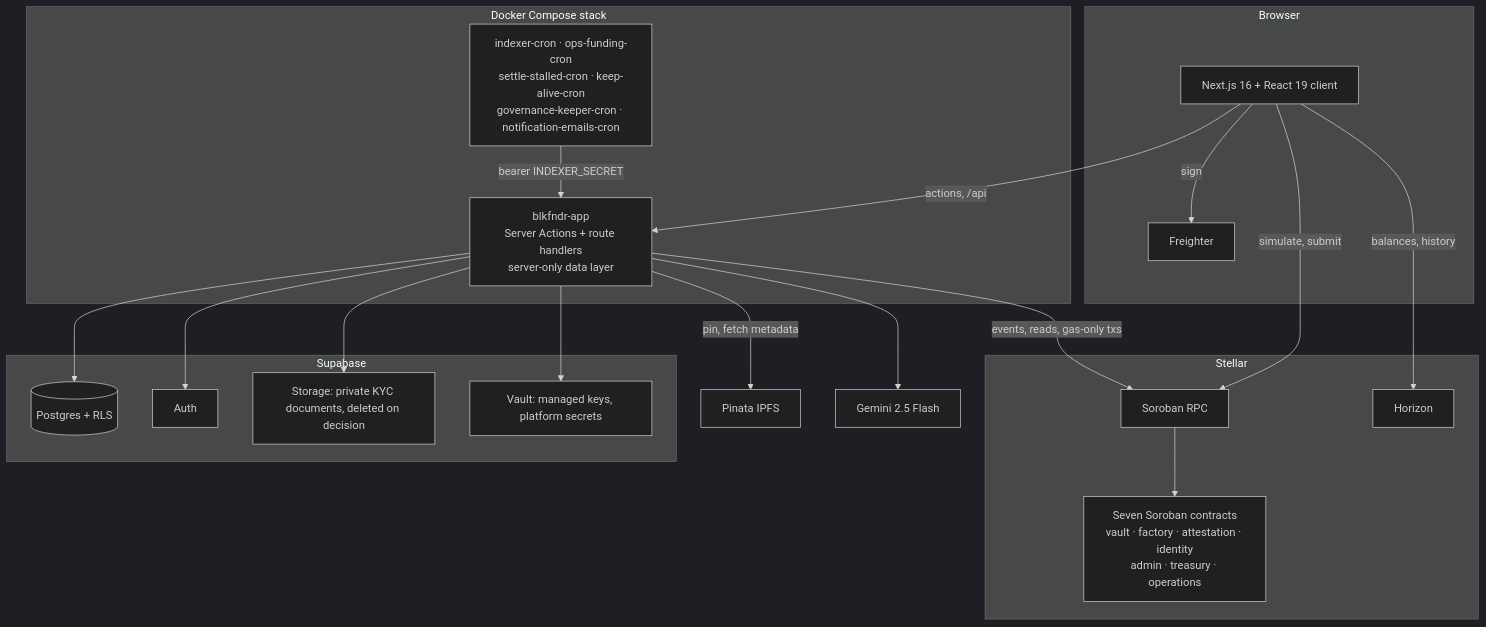
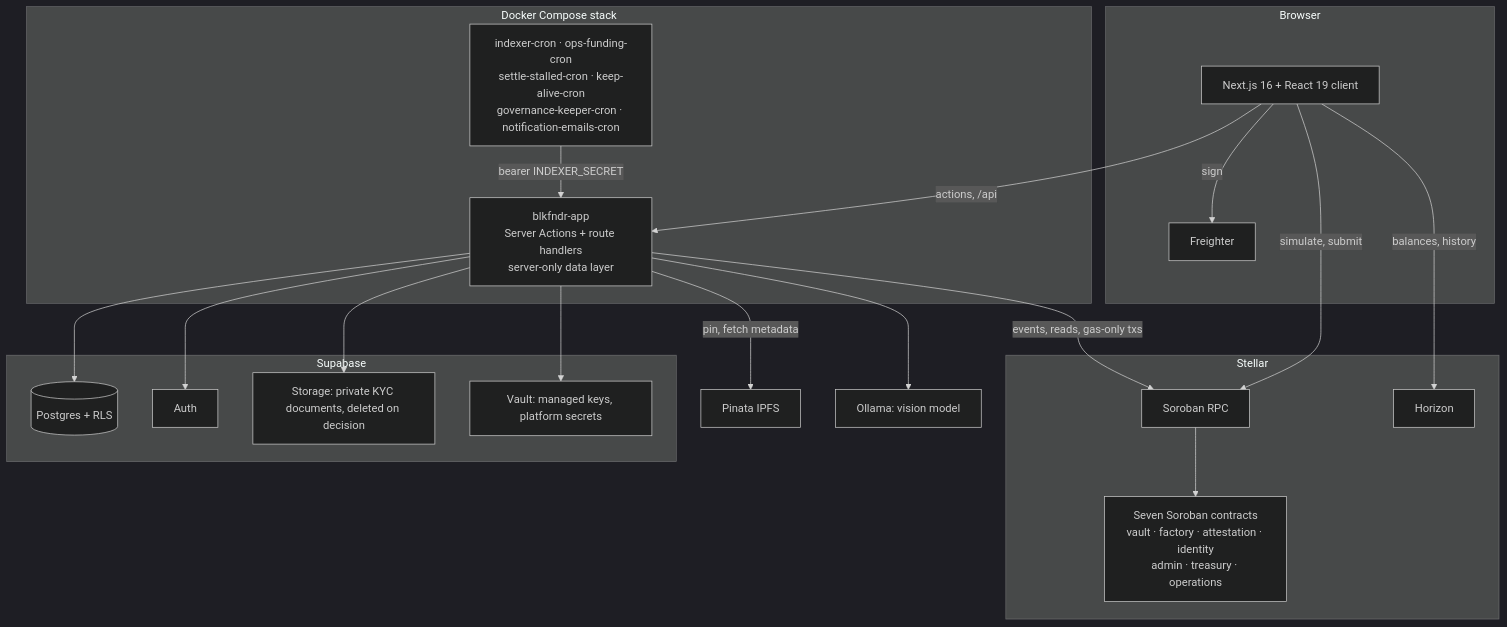
The diagram in docs/architecture.md (BLKFNDRPH/blkfndrapp), drawn with Mermaid (dark theme) before and after one commit. The commit also changed other lines of this file and 13 other files, not shown here.

First line of the commit message:
Run the AI listing review on Ollama instead of Gemini

````diff
--- a/docs/architecture.md
+++ b/docs/architecture.md
@@ -7,42 +7,42 @@
 ```mermaid
 graph TB
     subgraph Browser
         UI[Next.js 16 + React 19 client]
         FW[Freighter]
     end
 
     subgraph "Docker Compose stack"
         APP[blkfndr-app<br/>Server Actions + route handlers<br/>server-only data layer]
         CRON[indexer-cron · ops-funding-cron<br/>settle-stalled-cron · keep-alive-cron<br/>governance-keeper-cron · notification-emails-cron]
     end
 
     subgraph Stellar
         SRPC[Soroban RPC]
         HZN[Horizon]
         SUITE[Seven Soroban contracts<br/>vault · factory · attestation · identity<br/>admin · treasury · operations]
     end
 
     subgraph Supabase
         PG[(Postgres + RLS)]
         AUTH[Auth]
         STG[Storage: private KYC documents, deleted on decision]
         SV[Vault: managed keys, platform secrets]
     end
 
     PIN[Pinata IPFS]
-    GEM[Gemini 2.5 Flash]
+    GEM[Ollama: vision model]
 
     UI -->|actions, /api| APP
     UI -->|sign| FW
     UI -->|simulate, submit| SRPC
     UI -->|balances, history| HZN
     CRON -->|bearer INDEXER_SECRET| APP
     APP --> PG
     APP --> AUTH
     APP --> STG
     APP --> SV
     APP -->|pin, fetch metadata| PIN
     APP --> GEM
     APP -->|events, reads, gas-only txs| SRPC
     SRPC --> SUITE
 ```
````
